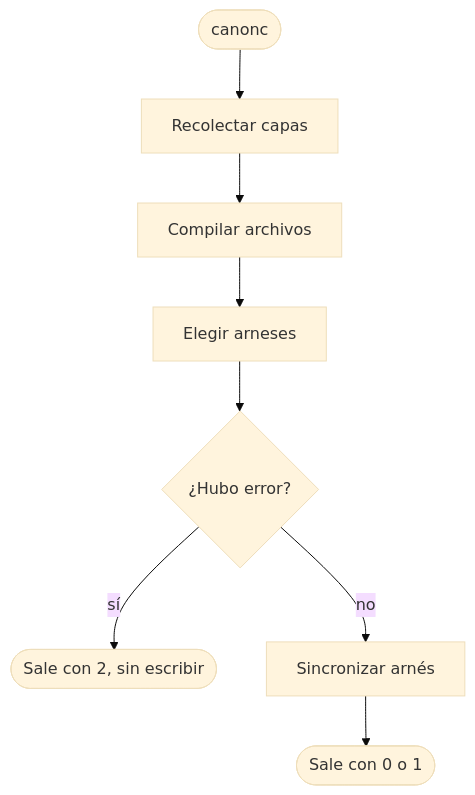
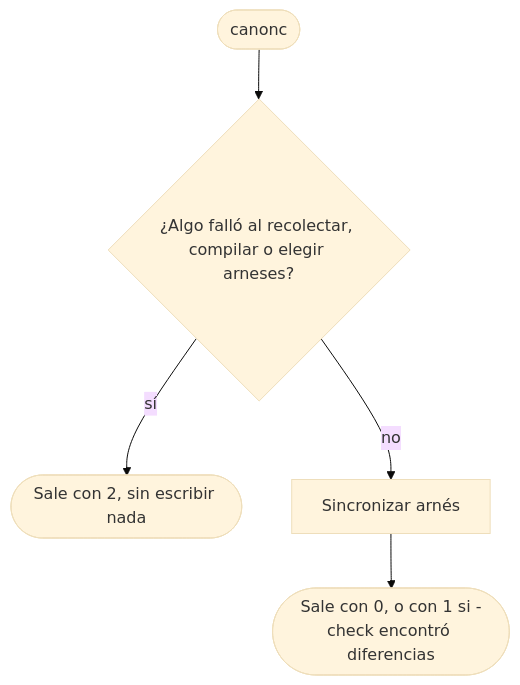
One commit to jliberal-aquas/aquas-harness changed the fourth of 7 diagrams in docs/compilacion-del-canon/README.md. Above: the diagram before and after it, drawn with Mermaid (base theme). The commit also changed other lines of this file and 14 other files, not shown here.

First line of the commit message:
feat: capability-docs v0.2, manual de referencia con mapa y diagramas de datos

````diff
--- a/docs/compilacion-del-canon/README.md
+++ b/docs/compilacion-del-canon/README.md
@@ -30,10 +94,7 @@
 ```mermaid
 flowchart TD
-  I([canonc]) --> A[Recolectar capas]
-  A --> B[Compilar archivos]
-  B --> C[Elegir arneses]
-  C --> E{¿Hubo error?}
-  E -->|sí| X([Sale con 2, sin escribir])
+  I([canonc]) --> E{¿Algo falló al recolectar, compilar o elegir arneses?}
+  E -->|sí| X([Sale con 2, sin escribir nada])
   E -->|no| D[Sincronizar arnés]
-  D --> F([Sale con 0 o 1])
+  D --> F([Sale con 0, o con 1 si -check encontró diferencias])
 ```
````
